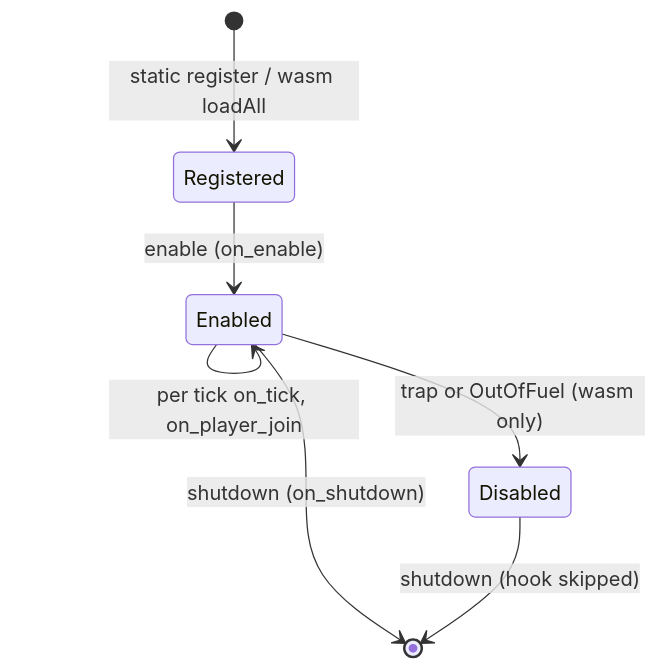
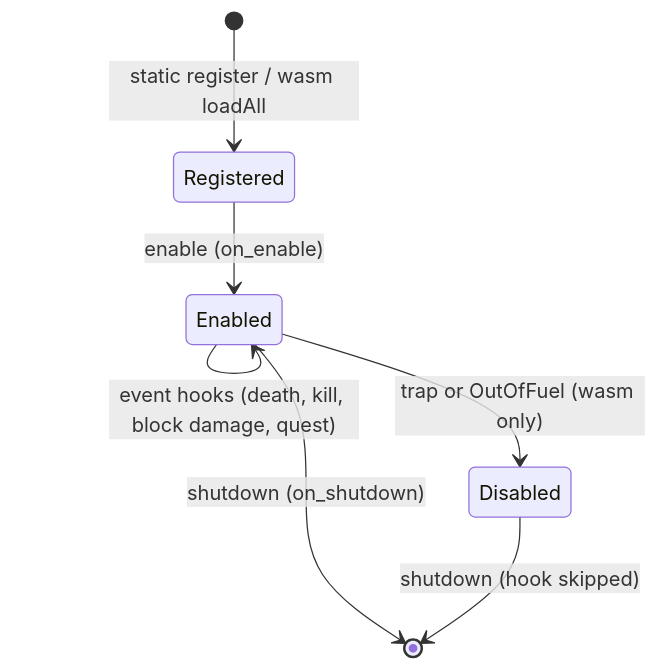
One commit to hordeforge/zdtd-server changed the tenth of 12 diagrams in docs/STATE_MACHINES.md. Above: the diagram before and after it, drawn with Mermaid. The commit also changed other lines of this file and 9 other files, not shown here.

````diff
--- a/docs/STATE_MACHINES.md
+++ b/docs/STATE_MACHINES.md
@@ -221,9 +223,10 @@
 ```mermaid
 stateDiagram-v2
     [*] --> Registered: static register / wasm loadAll
     Registered --> Enabled: enable (on_enable)
     Enabled --> Enabled: per tick on_tick, on_player_join
+    Enabled --> Enabled: event hooks (death, kill, block damage, quest)
     Enabled --> Disabled: trap or OutOfFuel (wasm only)
     Enabled --> [*]: shutdown (on_shutdown)
     Disabled --> [*]: shutdown (hook skipped)
 ```
````
